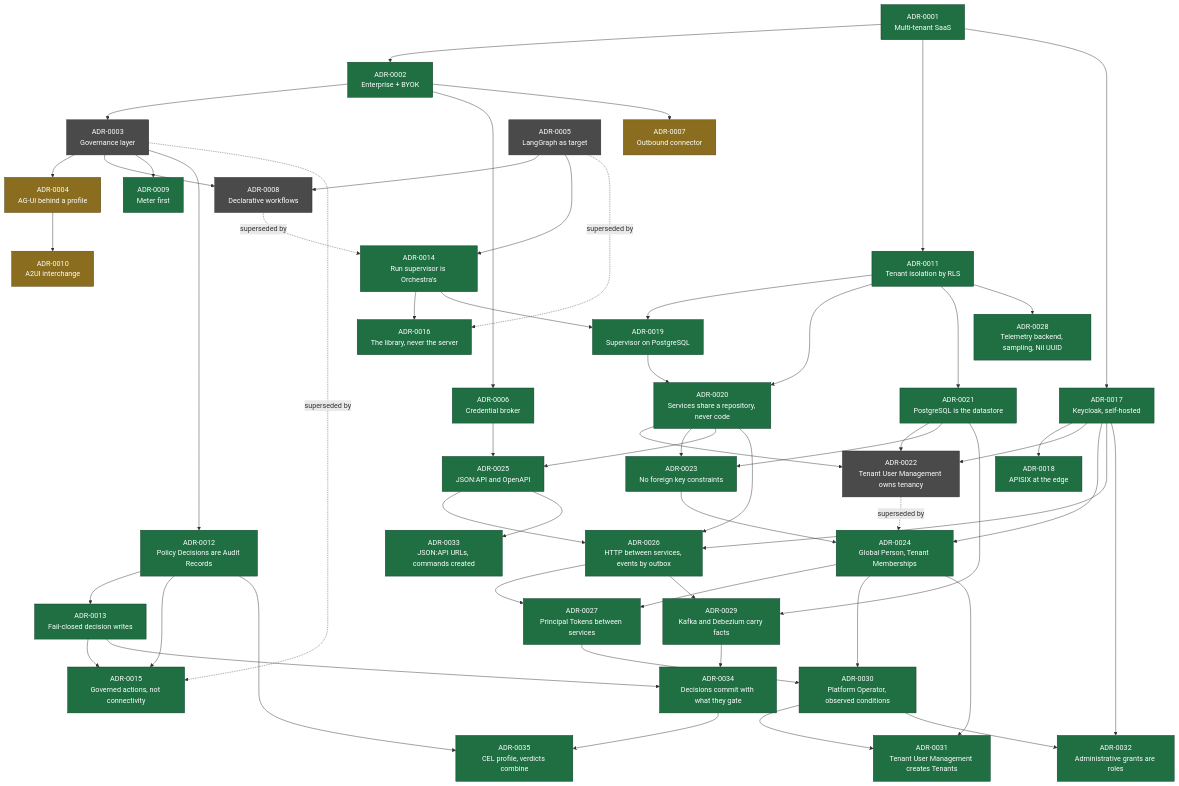
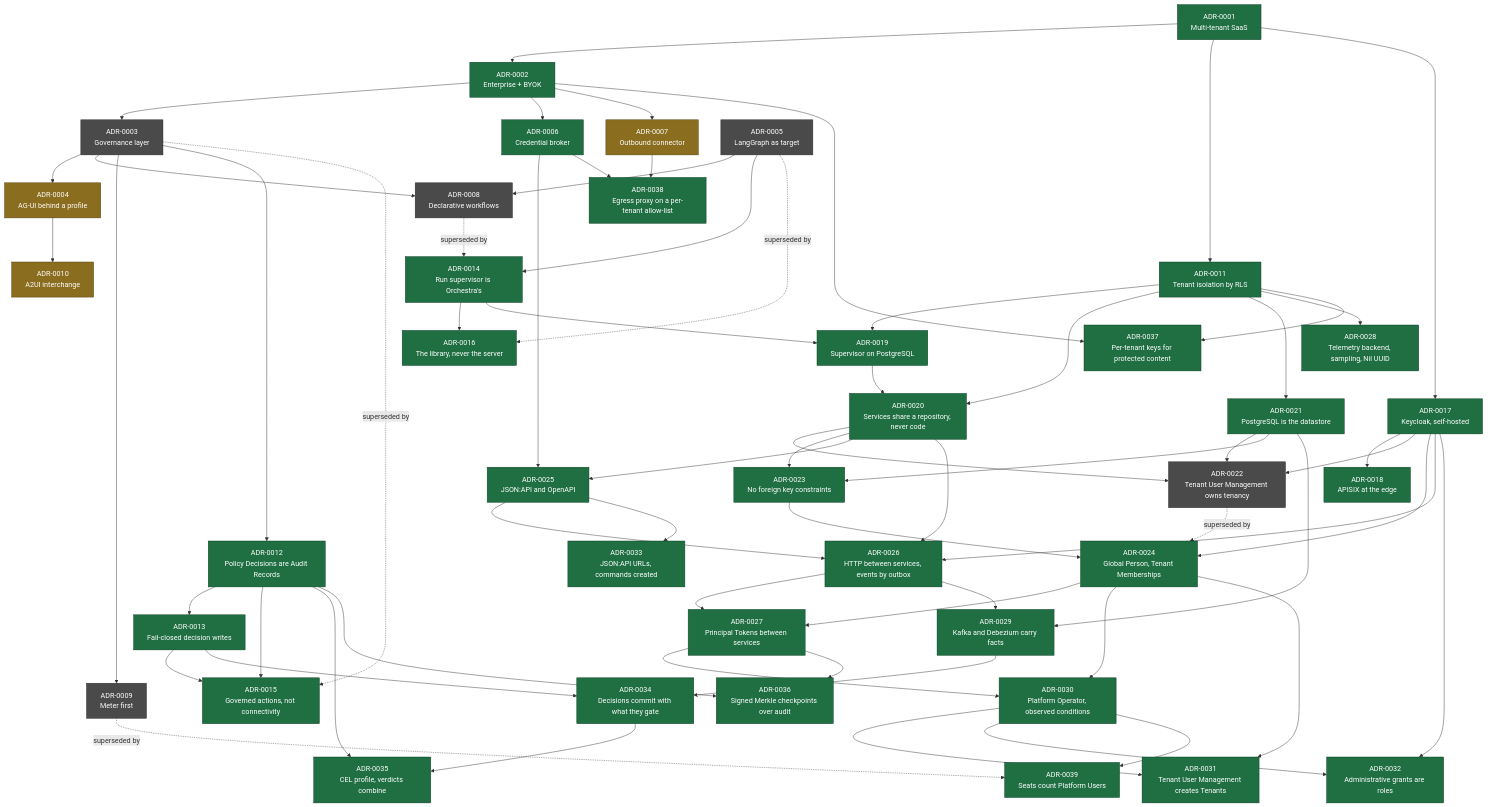
Before and after one commit to ayesigapaul/orchestra: the diagram in docs/adr/section-index.md, drawn with Mermaid. The commit also changed other lines of this file and 26 other files, not shown here.

````diff
--- a/docs/adr/section-index.md
+++ b/docs/adr/section-index.md
@@ -68,66 +72,75 @@
 ```mermaid
 flowchart TD
   A1["ADR-0001<br/>Multi-tenant SaaS"] --> A2["ADR-0002<br/>Enterprise + BYOK"]
   A2 --> A3["ADR-0003<br/>Governance layer"]
   A2 --> A6["ADR-0006<br/>Credential broker"]
   A2 --> A7["ADR-0007<br/>Outbound connector"]
   A3 --> A4["ADR-0004<br/>AG-UI behind a profile"]
   A3 --> A8["ADR-0008<br/>Declarative workflows"]
   A3 --> A9["ADR-0009<br/>Meter first"]
   A5["ADR-0005<br/>LangGraph as target"] --> A8
   A4 --> A10["ADR-0010<br/>A2UI interchange"]
   A1 --> A11["ADR-0011<br/>Tenant isolation by RLS"]
   A3 --> A12["ADR-0012<br/>Policy Decisions are Audit Records"]
   A12 --> A13["ADR-0013<br/>Fail-closed decision writes"]
   A8 -.->|superseded by| A14["ADR-0014<br/>Run supervisor is Orchestra's"]
   A5 --> A14
   A3 -.->|superseded by| A15["ADR-0015<br/>Governed actions, not connectivity"]
   A12 --> A15
   A13 --> A15
   A5 -.->|superseded by| A16["ADR-0016<br/>The library, never the server"]
   A14 --> A16
   A1 --> A17["ADR-0017<br/>Keycloak, self-hosted"]
   A17 --> A18["ADR-0018<br/>APISIX at the edge"]
   A14 --> A19["ADR-0019<br/>Supervisor on PostgreSQL"]
   A11 --> A19
   A19 --> A20["ADR-0020<br/>Services share a repository, never code"]
   A11 --> A20
   A11 --> A21["ADR-0021<br/>PostgreSQL is the datastore"]
   A17 --> A22["ADR-0022<br/>Tenant User Management owns tenancy"]
   A20 --> A22
   A21 --> A22
   A20 --> A23["ADR-0023<br/>No foreign key constraints"]
   A21 --> A23
   A22 -.->|superseded by| A24["ADR-0024<br/>Global Person, Tenant Memberships"]
   A17 --> A24
   A23 --> A24
   A6 --> A25["ADR-0025<br/>JSON:API and OpenAPI"]
   A20 --> A25
   A17 --> A26["ADR-0026<br/>HTTP between services, events by outbox"]
   A20 --> A26
   A25 --> A26
   A24 --> A27["ADR-0027<br/>Principal Tokens between services"]
   A26 --> A27
   A11 --> A28["ADR-0028<br/>Telemetry backend, sampling, Nil UUID"]
   A26 --> A29["ADR-0029<br/>Kafka and Debezium carry facts"]
   A21 --> A29
 
   A24 --> A30["ADR-0030<br/>Platform Operator, observed conditions"]
   A27 --> A30
   A30 --> A31["ADR-0031<br/>Tenant User Management creates Tenants"]
   A24 --> A31
   A30 --> A32["ADR-0032<br/>Administrative grants are roles"]
   A17 --> A32
   A25 --> A33["ADR-0033<br/>JSON:API URLs, commands created"]
   A13 --> A34["ADR-0034<br/>Decisions commit with what they gate"]
   A29 --> A34
   A12 --> A35["ADR-0035<br/>CEL profile, verdicts combine"]
   A34 --> A35
 
+  A12 --> A36["ADR-0036<br/>Signed Merkle checkpoints over audit"]
+  A27 --> A36
+  A2 --> A37["ADR-0037<br/>Per-tenant keys for protected content"]
+  A11 --> A37
+  A6 --> A38["ADR-0038<br/>Egress proxy on a per-tenant allow-list"]
+  A7 --> A38
+  A9 -.->|superseded by| A39["ADR-0039<br/>Seats count Platform Users"]
+  A30 --> A39
+
   classDef accepted fill:#1f6f43,stroke:#0d3b24,color:#fff;
   classDef proposed fill:#8a6d1f,stroke:#4d3c10,color:#fff;
   classDef superseded fill:#4a4a4a,stroke:#2a2a2a,color:#fff;
-  class A1,A2,A6,A9,A11,A12,A13,A14,A15,A16,A17,A18,A19,A20,A21,A23,A24,A25,A26,A27,A28,A29,A30,A31,A32,A33,A34,A35 accepted;
+  class A1,A2,A6,A11,A12,A13,A14,A15,A16,A17,A18,A19,A20,A21,A23,A24,A25,A26,A27,A28,A29,A30,A31,A32,A33,A34,A35,A36,A37,A38,A39 accepted;
   class A4,A7,A10 proposed;
-  class A3,A5,A8,A22 superseded;
+  class A3,A5,A8,A9,A22 superseded;
 ```
````
